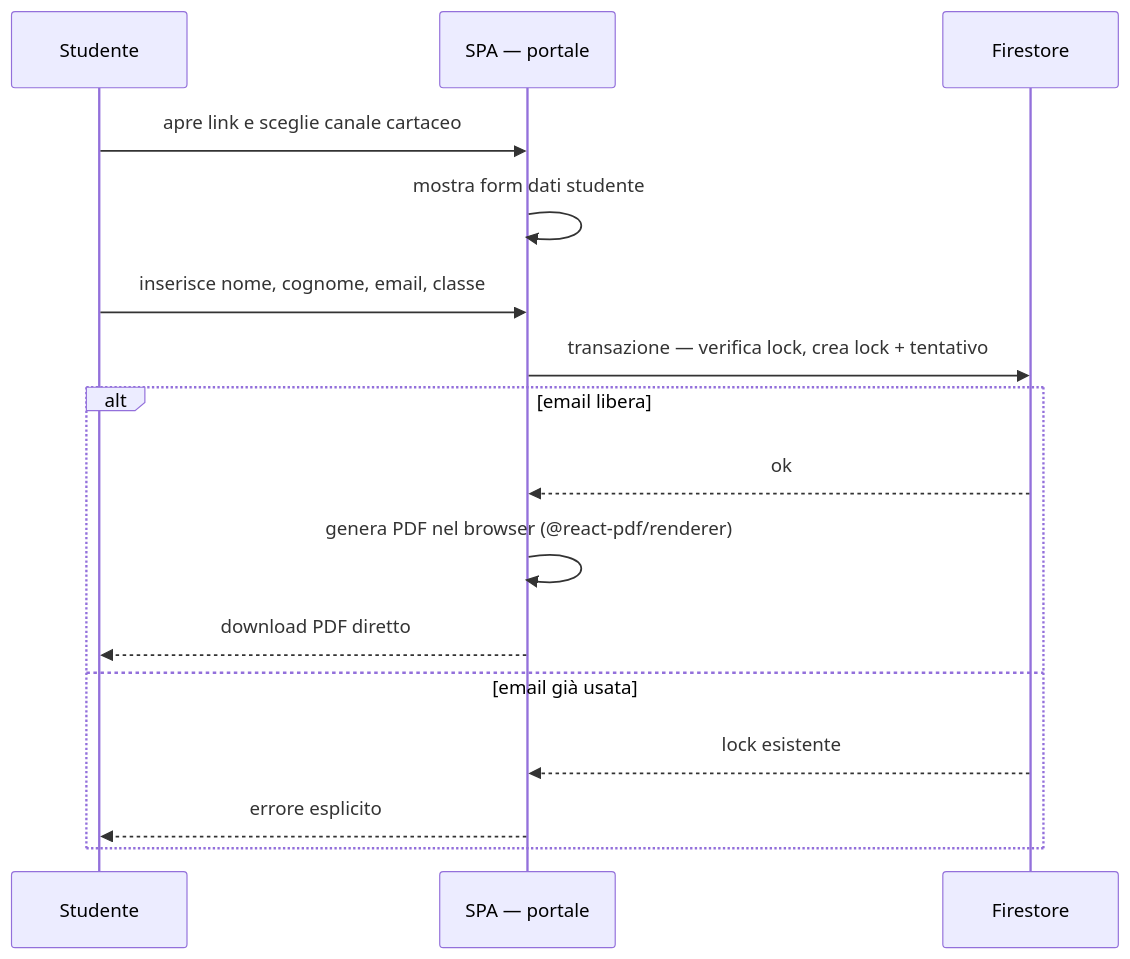
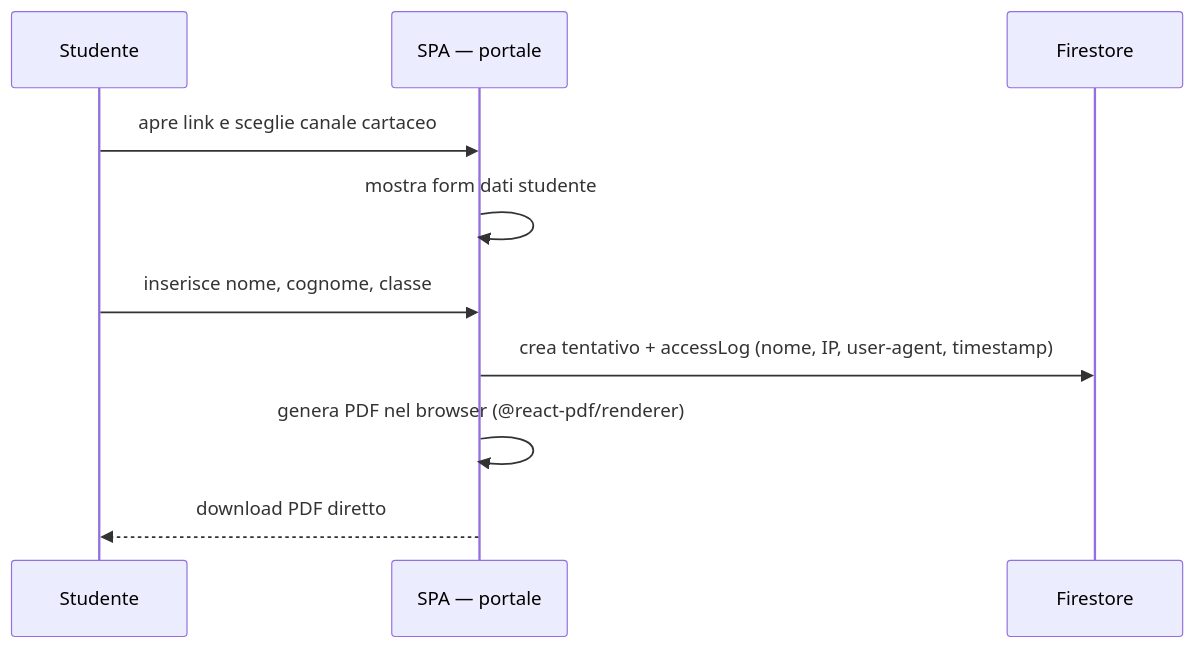
One commit to EnricoPaparo/SchoolForge changed the second of 3 diagrams in documentazione/architettura.md. Above: the diagram before and after it, drawn with Mermaid. The commit also changed other lines of this file and 10 other files, not shown here.

````diff
--- a/documentazione/architettura.md
+++ b/documentazione/architettura.md
@@ -242,19 +250,13 @@
 ```mermaid
 sequenceDiagram
     participant S as Studente
     participant SPA as SPA — portale
     participant F as Firestore
 
     S->>SPA: apre link e sceglie canale cartaceo
     SPA->>SPA: mostra form dati studente
-    S->>SPA: inserisce nome, cognome, email, classe
-    SPA->>F: transazione — verifica lock, crea lock + tentativo
-    alt email libera
-        F-->>SPA: ok
-        SPA->>SPA: genera PDF nel browser (@react-pdf/renderer)
-        SPA-->>S: download PDF diretto
-    else email già usata
-        F-->>SPA: lock esistente
-        SPA-->>S: errore esplicito
-    end
+    S->>SPA: inserisce nome, cognome, classe
+    SPA->>F: crea tentativo + accessLog (nome, IP, user-agent, timestamp)
+    SPA->>SPA: genera PDF nel browser (@react-pdf/renderer)
+    SPA-->>S: download PDF diretto
 ```
````
